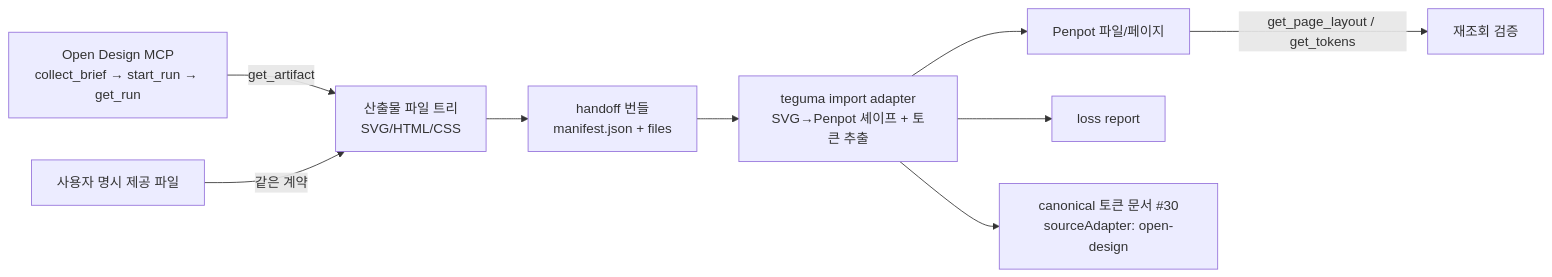
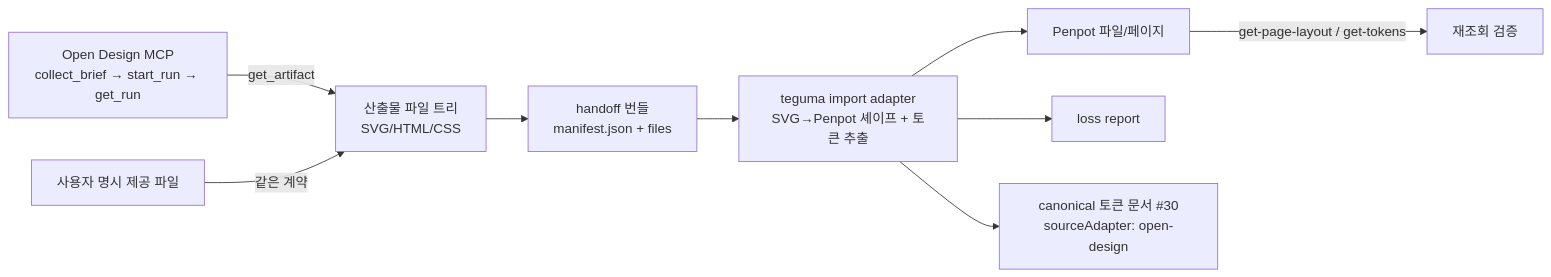
One commit to Doyajin174/teguma changed the diagram in docs/specs/019-open-design-handoff.md. Above: the diagram before and after it, drawn with Mermaid. The commit also changed other lines of this file and 1 other file, not shown here.

````diff
--- a/docs/specs/019-open-design-handoff.md
+++ b/docs/specs/019-open-design-handoff.md
@@ -40,11 +40,11 @@
 ```mermaid
 flowchart LR
     OD[Open Design MCP<br/>collect_brief → start_run → get_run] -->|get_artifact| FILES[산출물 파일 트리<br/>SVG/HTML/CSS]
     USER[사용자 명시 제공 파일] -->|같은 계약| FILES
     FILES --> BUNDLE[handoff 번들<br/>manifest.json + files]
     BUNDLE --> ADAPTER[teguma import adapter<br/>SVG→Penpot 셰이프 + 토큰 추출]
     ADAPTER --> P1[Penpot 파일/페이지]
     ADAPTER --> LOSS[loss report]
-    P1 -->|get_page_layout / get_tokens| READ[재조회 검증]
+    P1 -->|get-page-layout / get-tokens| READ[재조회 검증]
     ADAPTER --> CANON[canonical 토큰 문서 #30<br/>sourceAdapter: open-design]
 ```
````
